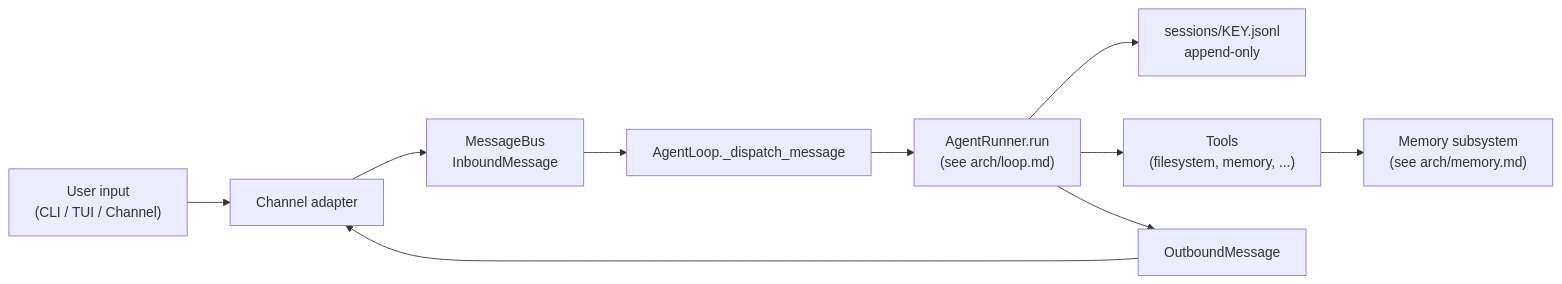
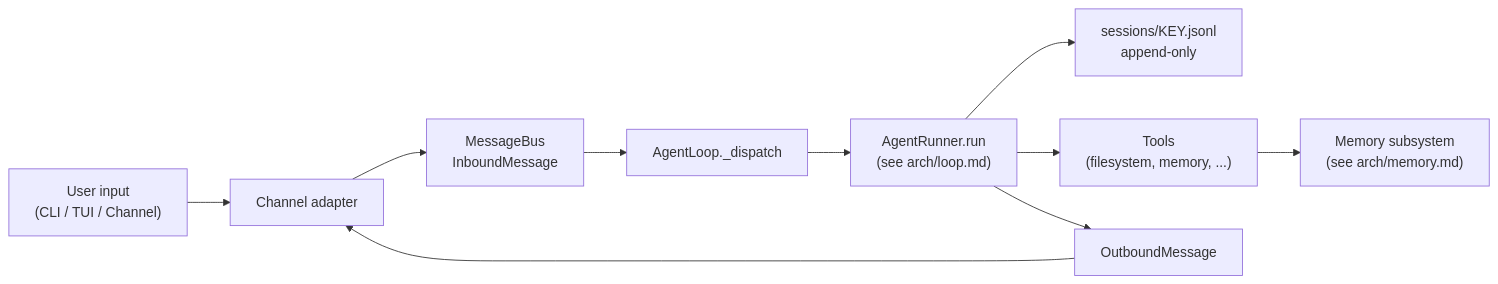
Before and after one commit to mmarmol/durin: the diagram in docs/architecture/README.md, drawn with Mermaid. The commit also changed other lines of this file and 12 other files, not shown here.

First line of the commit message:
docs(architecture): sync architecture docs with code (QA audit)

````diff
--- a/docs/architecture/README.md
+++ b/docs/architecture/README.md
@@ -127,12 +127,12 @@
 ```mermaid
 flowchart LR
     U["User input<br/>(CLI / TUI / Channel)"] --> CH["Channel adapter"]
     CH --> BUS["MessageBus<br/>InboundMessage"]
-    BUS --> LOOP["AgentLoop._dispatch_message"]
+    BUS --> LOOP["AgentLoop._dispatch"]
     LOOP --> RUN["AgentRunner.run<br/>(see arch/loop.md)"]
     RUN --> SESS["sessions/KEY.jsonl<br/>append-only"]
     RUN --> TOOLS["Tools<br/>(filesystem, memory, ...)"]
     TOOLS --> MEM["Memory subsystem<br/>(see arch/memory.md)"]
     RUN --> OUT["OutboundMessage"]
     OUT --> CH
 ```
````
